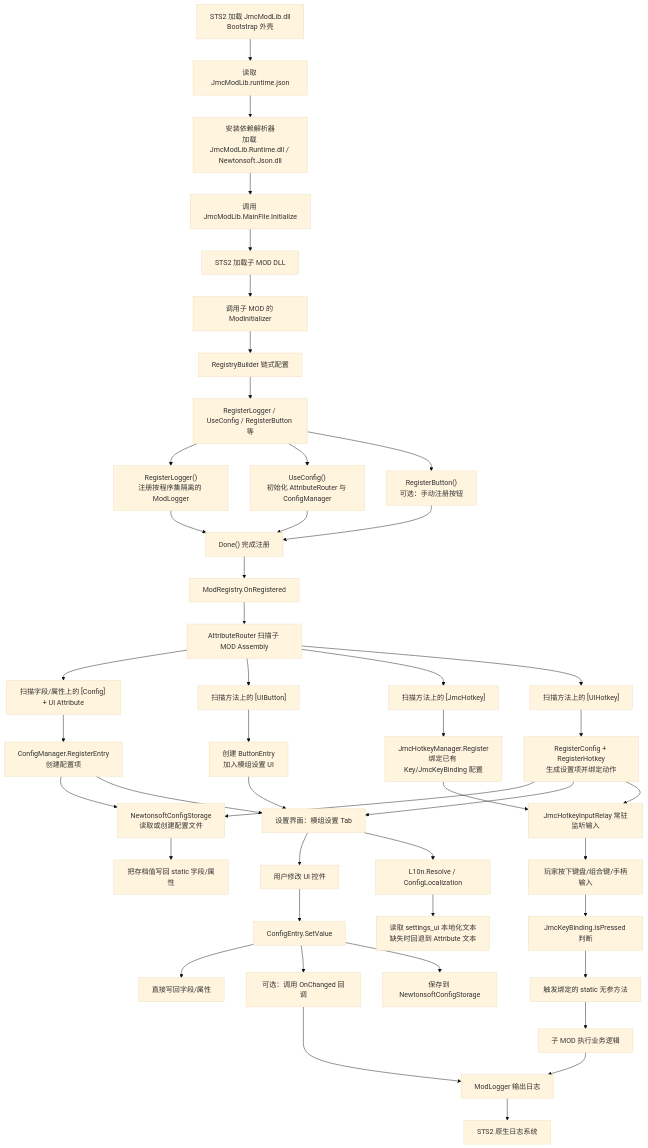
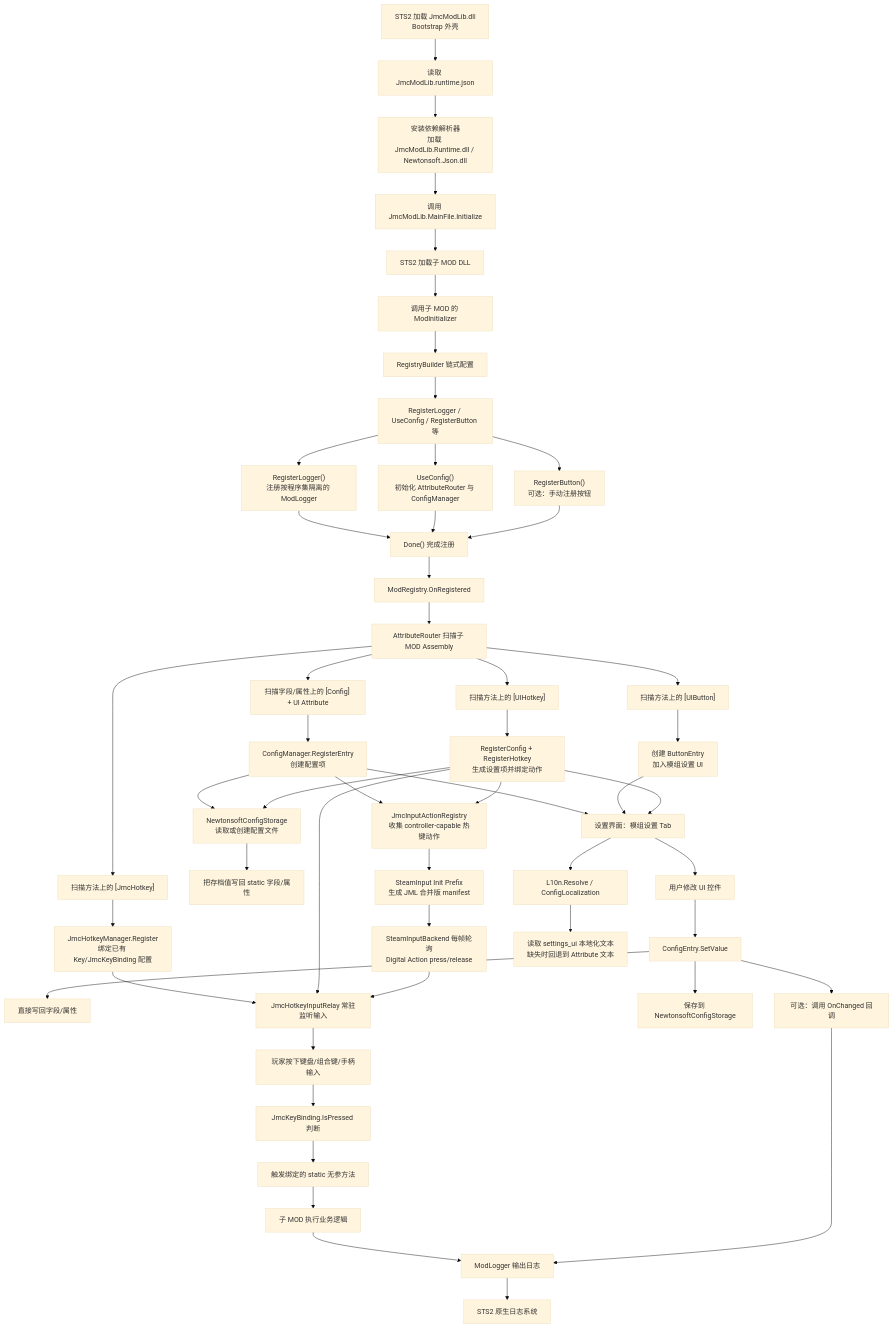
One commit to JMC2002/SlayTheSpire2_JmcModLib changed the first of 2 diagrams in docs/JmcModLib_STS2_API.md. Above: the diagram before and after it, drawn with Mermaid (base theme). The commit also changed other lines of this file and 26 other files, not shown here.

````diff
--- a/docs/JmcModLib_STS2_API.md
+++ b/docs/JmcModLib_STS2_API.md
@@ -31,59 +31,65 @@
 ```mermaid
 flowchart TD
     A0["STS2 加载 JmcModLib.dll<br/>Bootstrap 外壳"] --> A1["读取 JmcModLib.runtime.json"]
     A1 --> A2["安装依赖解析器<br/>加载 JmcModLib.Runtime.dll / Newtonsoft.Json.dll"]
     A2 --> A3["调用 JmcModLib.MainFile.Initialize"]
     A3 --> A4["STS2 加载子 MOD DLL"]
     A4 --> B["调用子 MOD 的 ModInitializer"]
     B --> C["RegistryBuilder 链式配置"]
     C --> D["RegisterLogger / UseConfig / RegisterButton 等"]
 
     D --> D1["RegisterLogger()<br/>注册按程序集隔离的 ModLogger"]
     D --> D2["UseConfig()<br/>初始化 AttributeRouter 与 ConfigManager"]
     D --> D3["RegisterButton()<br/>可选：手动注册按钮"]
 
     D1 --> E["Done() 完成注册"]
     D2 --> E
     D3 --> E
 
     E --> F["ModRegistry.OnRegistered"]
     F --> G["AttributeRouter 扫描子 MOD Assembly"]
 
     G --> H1["扫描字段/属性上的 [Config] + UI Attribute"]
     G --> H2["扫描方法上的 [UIButton]"]
     G --> H3["扫描方法上的 [JmcHotkey]"]
     G --> H4["扫描方法上的 [UIHotkey]"]
 
     H1 --> I1["ConfigManager.RegisterEntry<br/>创建配置项"]
     H2 --> I2["创建 ButtonEntry<br/>加入模组设置 UI"]
     H3 --> I3["JmcHotkeyManager.Register<br/>绑定已有 Key/JmcKeyBinding 配置"]
     H4 --> I4["RegisterConfig + RegisterHotkey<br/>生成设置项并绑定动作"]
 
     I1 --> J["NewtonsoftConfigStorage<br/>读取或创建配置文件"]
     I4 --> J
     J --> K["把存档值写回 static 字段/属性"]
 
+    I1 --> SI0["JmcInputActionRegistry<br/>收集 controller-capable 热键动作"]
+    I4 --> SI0
+    SI0 --> SI1["SteamInput Init Prefix<br/>生成 JML 合并版 manifest"]
+    SI1 --> SI2["SteamInputBackend 每帧轮询<br/>Digital Action press/release"]
+
     I1 --> L["设置界面：模组设置 Tab"]
     I2 --> L
     I4 --> L
 
     L --> M["用户修改 UI 控件"]
     M --> N["ConfigEntry.SetValue"]
     N --> O["直接写回字段/属性"]
     N --> P["可选：调用 OnChanged 回调"]
     N --> Q["保存到 NewtonsoftConfigStorage"]
 
     I3 --> R["JmcHotkeyInputRelay 常驻监听输入"]
     I4 --> R
+    SI2 --> R
     R --> S["玩家按下键盘/组合键/手柄输入"]
     S --> T["JmcKeyBinding.IsPressed 判断"]
     T --> U["触发绑定的 static 无参方法"]
     U --> V["子 MOD 执行业务逻辑"]
 
     V --> W["ModLogger 输出日志"]
     P --> W
     W --> X["STS2 原生日志系统"]
 
     L --> Y["L10n.Resolve / ConfigLocalization"]
     Y --> Z["读取 settings_ui 本地化文本<br/>缺失时回退到 Attribute 文本"]
 ```
````
